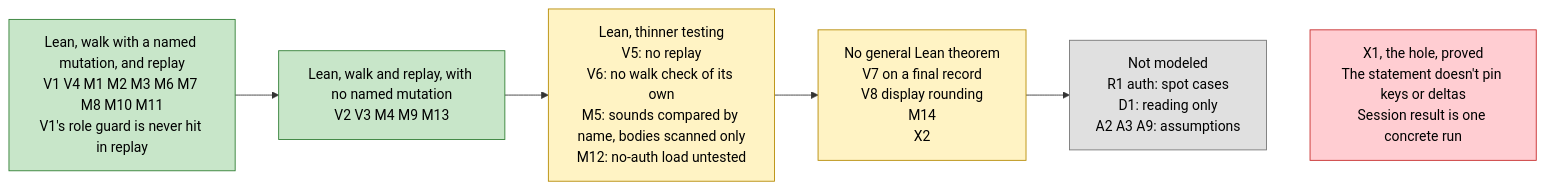
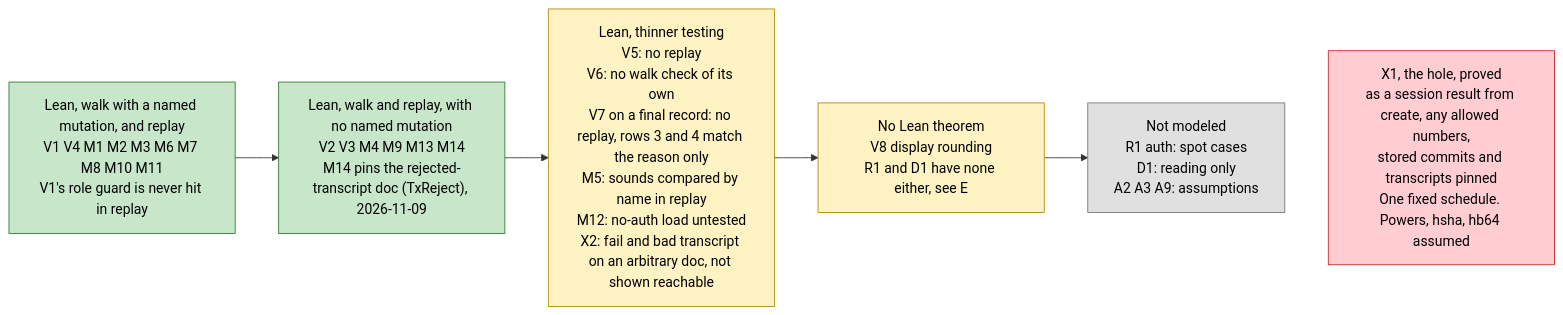
The second of 3 diagrams in fv/v1/docs/coverage.md (tawago/enconomy), drawn with Mermaid before and after one commit. The commit also changed other lines of this file and 76 other files, not shown here.

````diff
--- a/fv/v1/docs/coverage.md
+++ b/fv/v1/docs/coverage.md
@@ -45,17 +45,17 @@
 ```mermaid
 flowchart LR
     A["Lean, walk with a named mutation, and replay<br/>V1 V4 M1 M2 M3 M6 M7 M8 M10 M11<br/>V1's role guard is never hit in replay"]:::good
-    B["Lean, walk and replay, with no named mutation<br/>V2 V3 M4 M9 M13"]:::good
-    C["Lean, thinner testing<br/>V5: no replay<br/>V6: no walk check of its own<br/>M5: sounds compared by name, bodies scanned only<br/>M12: no-auth load untested"]:::part
-    D["No general Lean theorem<br/>V7 on a final record<br/>V8 display rounding<br/>M14<br/>X2"]:::part
+    B["Lean, walk and replay, with no named mutation<br/>V2 V3 M4 M9 M13 M14<br/>M14 pins the rejected-transcript doc (TxReject), 2026-11-09"]:::good
+    C["Lean, thinner testing<br/>V5: no replay<br/>V6: no walk check of its own<br/>V7 on a final record: no replay, rows 3 and 4 match the reason only<br/>M5: sounds compared by name in replay<br/>M12: no-auth load untested<br/>X2: fail and bad transcript on an arbitrary doc, not shown reachable"]:::part
+    D["No Lean theorem<br/>V8 display rounding<br/>R1 and D1 have none either, see E"]:::part
     E["Not modeled<br/>R1 auth: spot cases<br/>D1: reading only<br/>A2 A3 A9: assumptions"]:::out
-    F["X1, the hole, proved<br/>The statement doesn't pin keys or deltas<br/>Session result is one concrete run"]:::hole
+    F["X1, the hole, proved<br/>as a session result from create, any allowed numbers,<br/>stored commits and transcripts pinned<br/>One fixed schedule. Powers, hsha, hb64 assumed"]:::hole
 
     A --> B --> C --> D --> E
     E ~~~ F
 
     classDef good fill:#c8e6c9,stroke:#2e7d32,color:#000
     classDef part fill:#fff3c4,stroke:#b58900,color:#000
     classDef hole fill:#ffcdd2,stroke:#c62828,color:#000
     classDef out fill:#e0e0e0,stroke:#757575,color:#000
 ```
````
